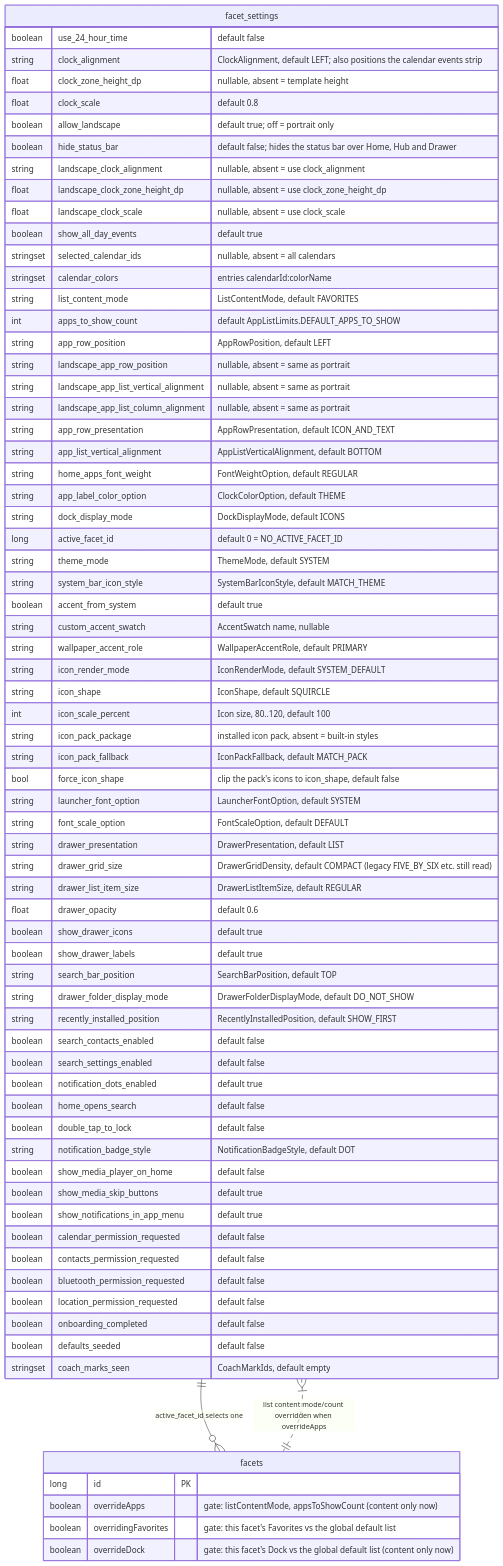
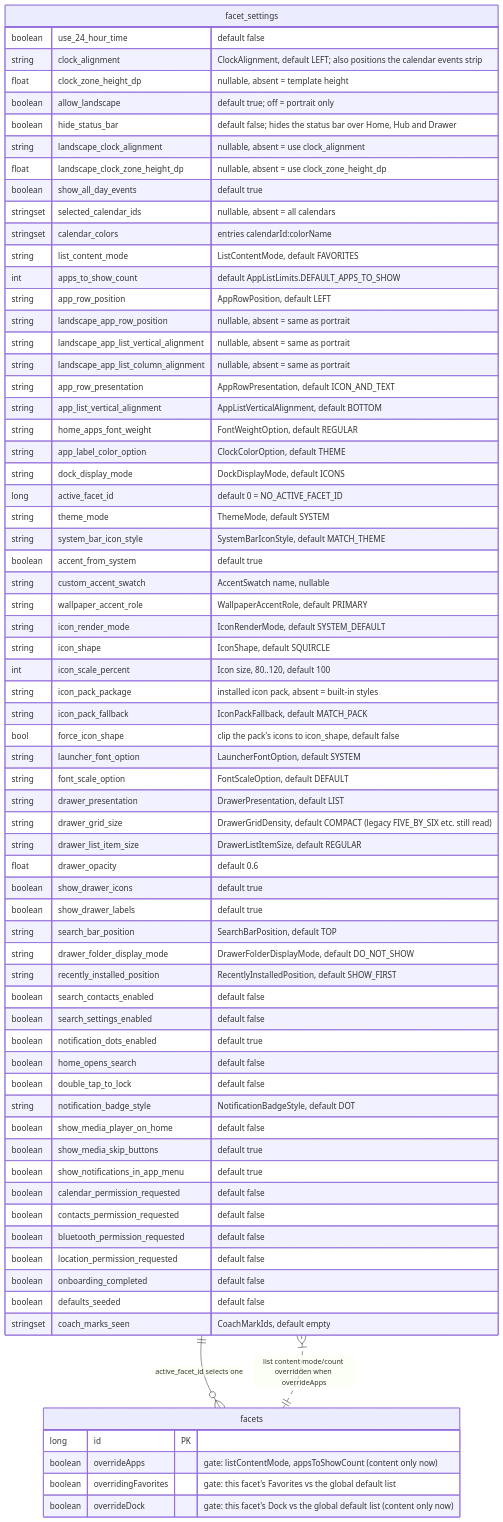
One commit to rohitganjam/facet-launcher changed the third of 3 diagrams in docs/architecture/02-persistence-room.md. Above: the diagram before and after it, drawn with Mermaid. The commit also changed other lines of this file and 39 other files, not shown here.

````diff
--- a/docs/architecture/02-persistence-room.md
+++ b/docs/architecture/02-persistence-room.md
@@ -375,77 +374,75 @@
 ```mermaid
 erDiagram
     facet_settings {
         boolean use_24_hour_time "default false"
         string clock_alignment "ClockAlignment, default LEFT; also positions the calendar events strip"
         float clock_zone_height_dp "nullable, absent = template height"
-        float clock_scale "default 0.8"
         boolean allow_landscape "default true; off = portrait only"
         boolean hide_status_bar "default false; hides the status bar over Home, Hub and Drawer"
         string landscape_clock_alignment "nullable, absent = use clock_alignment"
         float landscape_clock_zone_height_dp "nullable, absent = use clock_zone_height_dp"
-        float landscape_clock_scale "nullable, absent = use clock_scale"
         boolean show_all_day_events "default true"
         stringset selected_calendar_ids "nullable, absent = all calendars"
         stringset calendar_colors "entries calendarId:colorName"
         string list_content_mode "ListContentMode, default FAVORITES"
         int apps_to_show_count "default AppListLimits.DEFAULT_APPS_TO_SHOW"
         string app_row_position "AppRowPosition, default LEFT"
         string landscape_app_row_position "nullable, absent = same as portrait"
         string landscape_app_list_vertical_alignment "nullable, absent = same as portrait"
         string landscape_app_list_column_alignment "nullable, absent = same as portrait"
         string app_row_presentation "AppRowPresentation, default ICON_AND_TEXT"
         string app_list_vertical_alignment "AppListVerticalAlignment, default BOTTOM"
         string home_apps_font_weight "FontWeightOption, default REGULAR"
         string app_label_color_option "ClockColorOption, default THEME"
         string dock_display_mode "DockDisplayMode, default ICONS"
         long active_facet_id "default 0 = NO_ACTIVE_FACET_ID"
         string theme_mode "ThemeMode, default SYSTEM"
         string system_bar_icon_style "SystemBarIconStyle, default MATCH_THEME"
         boolean accent_from_system "default true"
         string custom_accent_swatch "AccentSwatch name, nullable"
         string wallpaper_accent_role "WallpaperAccentRole, default PRIMARY"
         string icon_render_mode "IconRenderMode, default SYSTEM_DEFAULT"
         string icon_shape "IconShape, default SQUIRCLE"
         int icon_scale_percent "Icon size, 80..120, default 100"
         string icon_pack_package "installed icon pack, absent = built-in styles"
         string icon_pack_fallback "IconPackFallback, default MATCH_PACK"
         bool force_icon_shape "clip the pack's icons to icon_shape, default false"
         string launcher_font_option "LauncherFontOption, default SYSTEM"
         string font_scale_option "FontScaleOption, default DEFAULT"
         string drawer_presentation "DrawerPresentation, default LIST"
         string drawer_grid_size "DrawerGridDensity, default COMPACT (legacy FIVE_BY_SIX etc. still read)"
         string drawer_list_item_size "DrawerListItemSize, default REGULAR"
         float drawer_opacity "default 0.6"
         boolean show_drawer_icons "default true"
         boolean show_drawer_labels "default true"
         string search_bar_position "SearchBarPosition, default TOP"
         string drawer_folder_display_mode "DrawerFolderDisplayMode, default DO_NOT_SHOW"
         string recently_installed_position "RecentlyInstalledPosition, default SHOW_FIRST"
         boolean search_contacts_enabled "default false"
         boolean search_settings_enabled "default false"
         boolean notification_dots_enabled "default true"
         boolean home_opens_search "default false"
         boolean double_tap_to_lock "default false"
         string notification_badge_style "NotificationBadgeStyle, default DOT"
         boolean show_media_player_on_home "default false"
         boolean show_media_skip_buttons "default true"
         boolean show_notifications_in_app_menu "default true"
         boolean calendar_permission_requested "default false"
         boolean contacts_permission_requested "default false"
         boolean bluetooth_permission_requested "default false"
         boolean location_permission_requested "default false"
         boolean onboarding_completed "default false"
         boolean defaults_seeded "default false"
         stringset coach_marks_seen "CoachMarkIds, default empty"
     }
 
     facets {
         long id PK
         boolean overrideApps "gate: listContentMode, appsToShowCount (content only now)"
         boolean overridingFavorites "gate: this facet's Favorites vs the global default list"
         boolean overrideDock "gate: this facet's Dock vs the global default list (content only now)"
     }
 
     facet_settings ||--o{ facets : "active_facet_id selects one"
     facet_settings }|..|| facets : "list content mode/count overridden when overrideApps"
 ```
````
